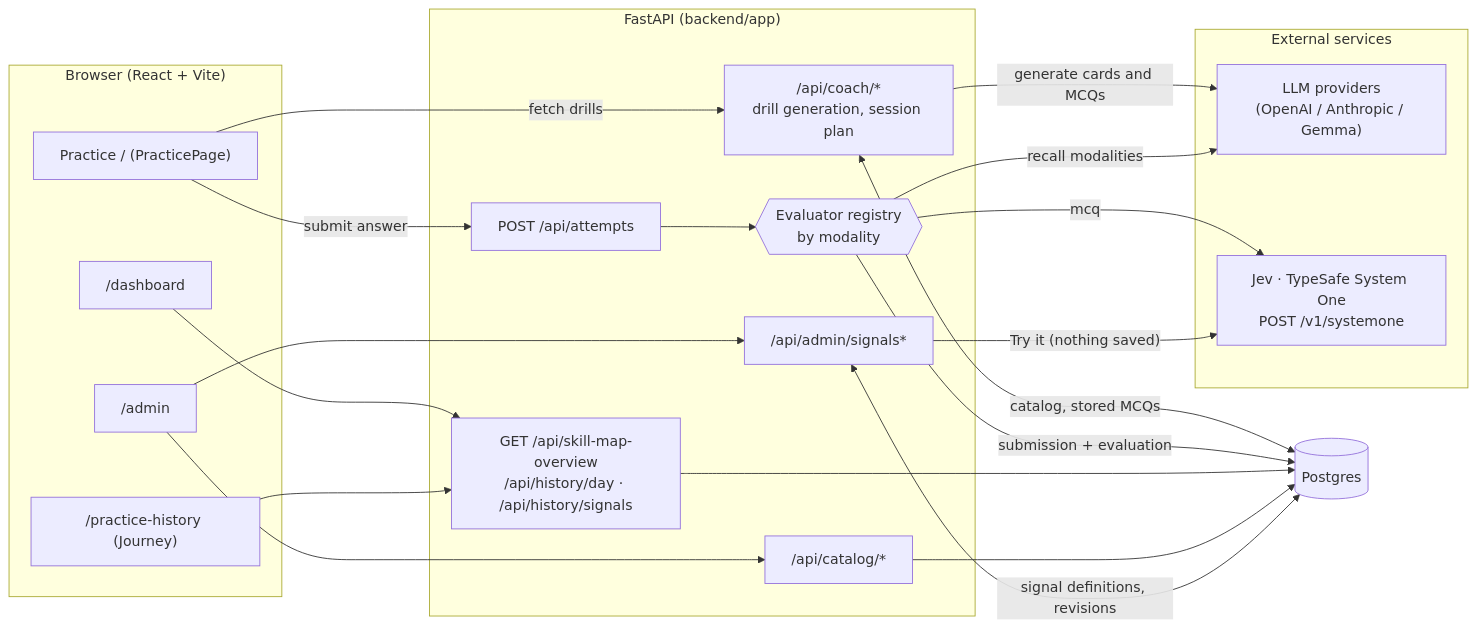
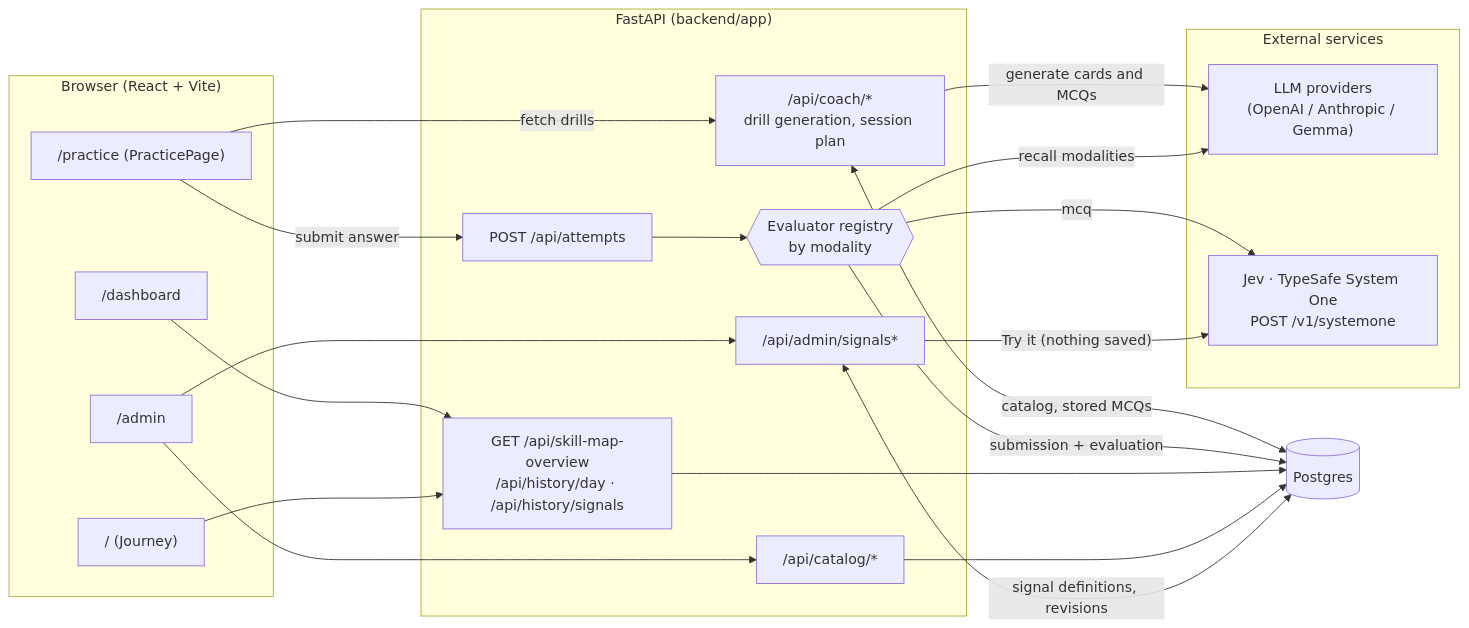
Before and after one commit to maxmarzolf/system1: the first of 5 diagrams in docs/data-flow.md, drawn with Mermaid. The commit also changed 22 other files, not shown here.

First line of the commit message:
Make Journey the home page and navigate pages with Cmd+arrows

````diff
--- a/docs/data-flow.md
+++ b/docs/data-flow.md
@@ -7,43 +7,43 @@
 ```mermaid
 flowchart LR
   subgraph Browser["Browser (React + Vite)"]
-    Practice["Practice / (PracticePage)"]
+    Practice["/practice (PracticePage)"]
     Dashboard["/dashboard"]
-    Journey["/practice-history (Journey)"]
+    Journey["/ (Journey)"]
     Admin["/admin"]
   end
 
   subgraph API["FastAPI (backend/app)"]
     Coach["/api/coach/*<br/>drill generation, session plan"]
     Attempts["POST /api/attempts"]
     Reads["GET /api/skill-map-overview<br/>/api/history/day · /api/history/signals"]
     Catalog["/api/catalog/*"]
     AdminAPI["/api/admin/signals*"]
     Evaluators{{"Evaluator registry<br/>by modality"}}
   end
 
   subgraph External["External services"]
     LLM["LLM providers<br/>(OpenAI / Anthropic / Gemma)"]
     Jev["Jev · TypeSafe System One<br/>POST /v1/systemone"]
   end
 
   DB[("Postgres")]
 
   Practice -->|"fetch drills"| Coach
   Coach -->|"generate cards and MCQs"| LLM
   Coach <-->|"catalog, stored MCQs"| DB
   Practice -->|"submit answer"| Attempts
   Attempts --> Evaluators
   Evaluators -->|"mcq"| Jev
   Evaluators -->|"recall modalities"| LLM
   Evaluators -->|"submission + evaluation"| DB
 
   Dashboard --> Reads
   Journey --> Reads
   Reads --> DB
   Admin --> Catalog
   Catalog --> DB
   Admin --> AdminAPI
   AdminAPI <-->|"signal definitions, revisions"| DB
   AdminAPI -->|"Try it (nothing saved)"| Jev
 ```
````
